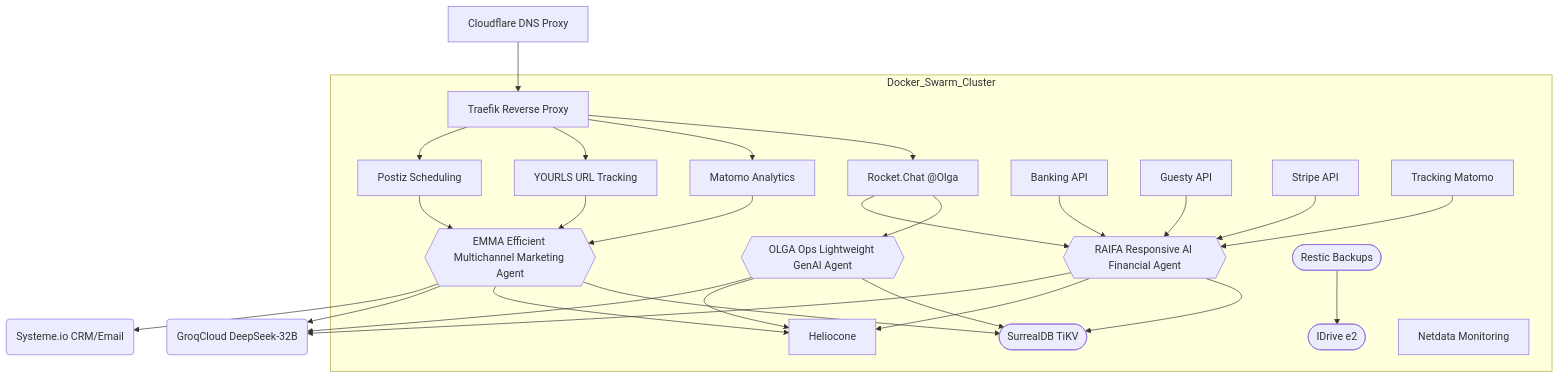
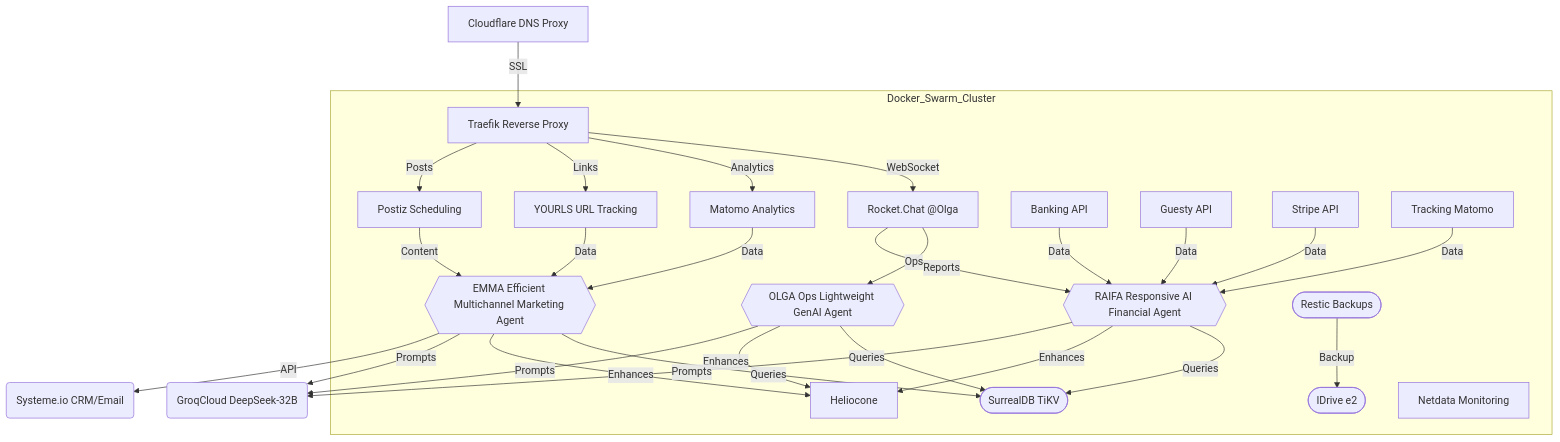
One commit to deepbrainspace/deepbrain-stack changed the fourth of 4 diagrams in projects/bnb/v6-b.md. Above: the diagram before and after it, drawn with Mermaid. The commit also changed other lines of this file, not shown here.

````diff
--- a/projects/bnb/v6-b.md
+++ b/projects/bnb/v6-b.md
@@ -94,31 +96,31 @@
 ```mermaid
 flowchart TD
-    U[Cloudflare DNS Proxy] --> E[Traefik Reverse Proxy]
+    U[Cloudflare DNS Proxy] -->|SSL| E[Traefik Reverse Proxy]
     subgraph Docker_Swarm_Cluster
-        E --> A[Rocket.Chat @Olga]
-        A --> B{{OLGA Ops Lightweight GenAI Agent}}
-        B --> C([SurrealDB TiKV])
-        E --> G[Matomo Analytics]
-        E --> I[YOURLS URL Tracking]
-        E --> J[Postiz Scheduling]
-        G --> H{{EMMA Efficient Multichannel Marketing Agent}}
-        I --> H
-        J --> H
-        H --> C
-        A --> L{{RAIFA Responsive AI Financial Agent}}
-        L --> C
-        M[Banking API] --> L
-        N[Guesty API] --> L
-        O[Stripe API] --> L
-        P[Tracking Matomo] --> L
-        B --> F[Heliocone]
-        H --> F
-        L --> F
-        R([Restic Backups]) --> Q([IDrive e2])
+        E -->|WebSocket| A[Rocket.Chat @Olga]
+        A -->|Ops| B{{OLGA Ops Lightweight GenAI Agent}}
+        B -->|Queries| C([SurrealDB TiKV])
+        E -->|Analytics| G[Matomo Analytics]
+        E -->|Links| I[YOURLS URL Tracking]
+        E -->|Posts| J[Postiz Scheduling]
+        G -->|Data| H{{EMMA Efficient Multichannel Marketing Agent}}
+        I -->|Data| H
+        J -->|Content| H
+        H -->|Queries| C
+        A -->|Reports| L{{RAIFA Responsive AI Financial Agent}}
+        L -->|Queries| C
+        M[Banking API] -->|Data| L
+        N[Guesty API] -->|Data| L
+        O[Stripe API] -->|Data| L
+        P[Tracking Matomo] -->|Data| L
+        B -->|Enhances| F[Heliocone]
+        H -->|Enhances| F
+        L -->|Enhances| F
+        R([Restic Backups]) -->|Backup| Q([IDrive e2])
         S[Netdata Monitoring]
     end
-    B --> T(GroqCloud DeepSeek-32B)
-    H --> T
-    L --> T
-    H --> V(Systeme.io CRM/Email)
+    B -->|Prompts| T(GroqCloud DeepSeek-32B)
+    H -->|Prompts| T
+    L -->|Prompts| T
+    H -->|API| V(Systeme.io CRM/Email)
 ```
````
